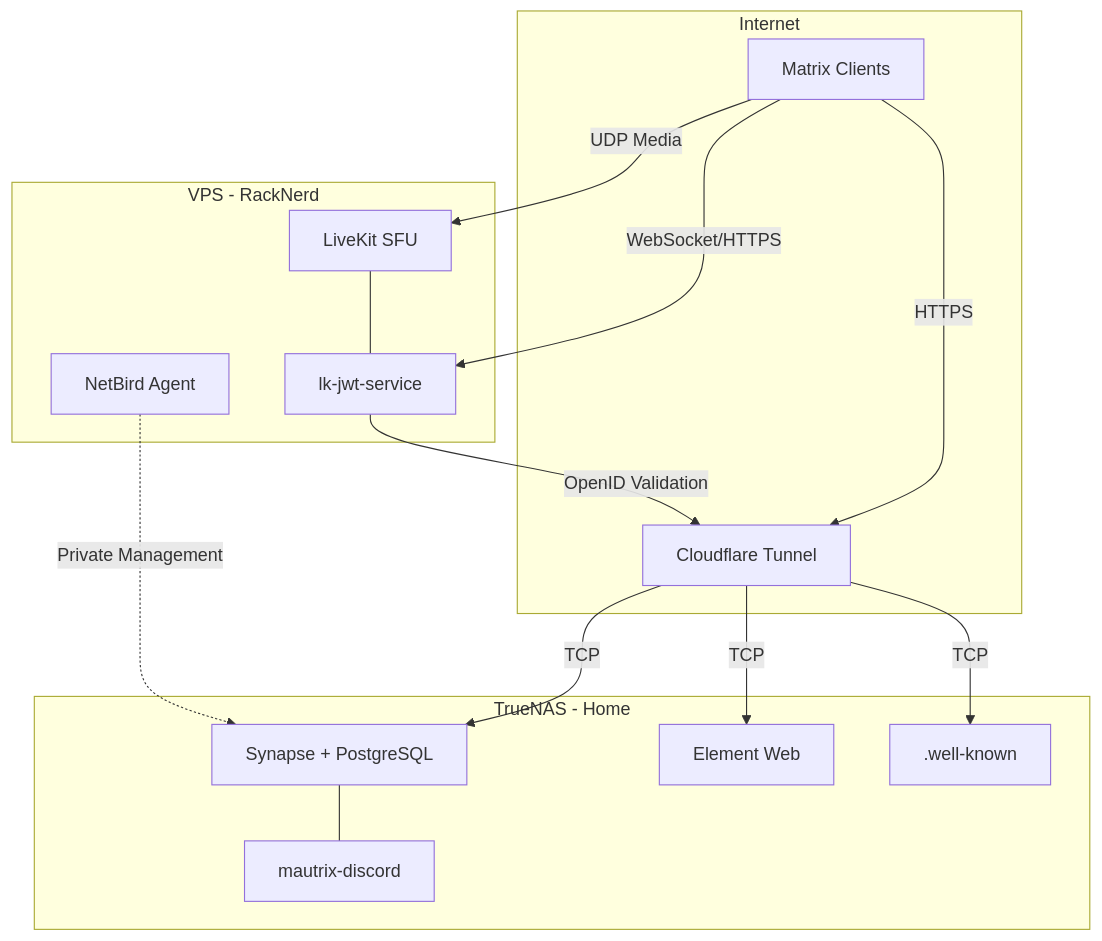
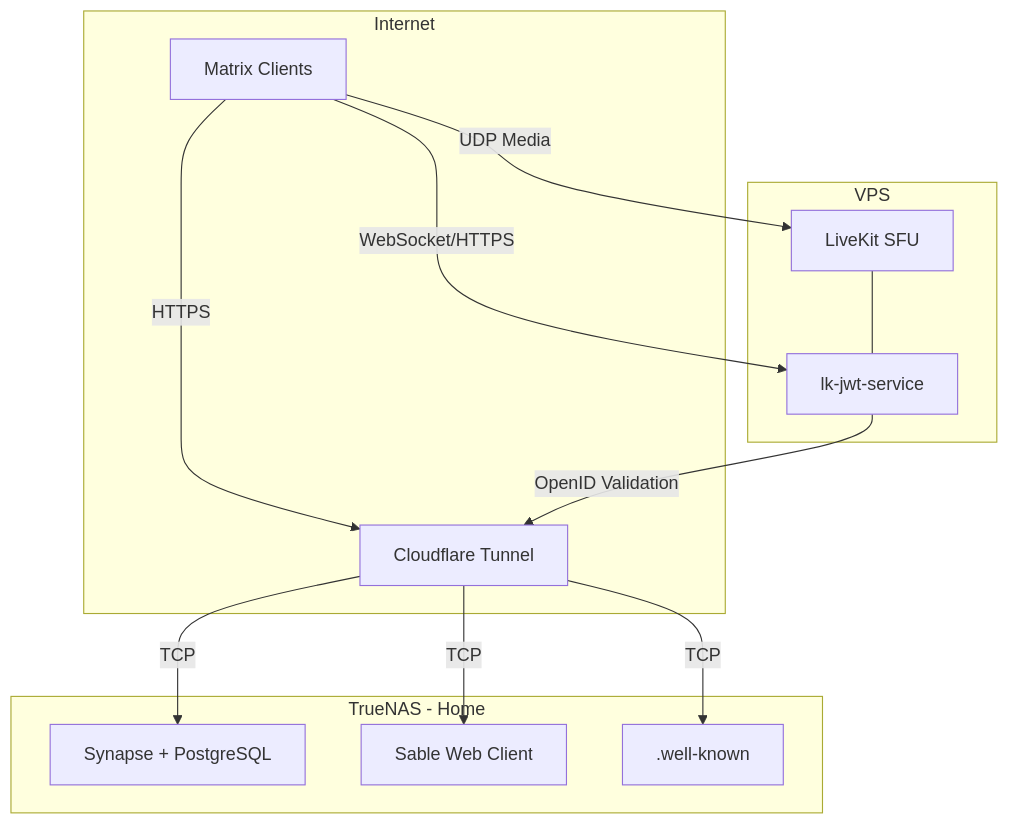
Before and after one commit to serversathome/wiki: the diagram in matrix.md, drawn with Mermaid. The commit also changed other lines of this file, not shown here.

````diff
--- a/matrix.md
+++ b/matrix.md
@@ -19,28 +17,24 @@
 ```mermaid
 graph TB
     subgraph Internet
         CF[Cloudflare Tunnel]
         Client[Matrix Clients]
     end
     subgraph TrueNAS - Home
         Synapse[Synapse + PostgreSQL]
-        Bridge[mautrix-discord]
-        Element[Element Web]
+        Sable[Sable Web Client]
         WK[.well-known]
     end
-    subgraph VPS - RackNerd
+    subgraph VPS
         LK[LiveKit SFU]
         JWT[lk-jwt-service]
-        NB2[NetBird Agent]
     end
     Client -->|HTTPS| CF
     CF -->|TCP| Synapse
-    CF -->|TCP| Element
+    CF -->|TCP| Sable
     CF -->|TCP| WK
-    Synapse --- Bridge
     Client -->|WebSocket/HTTPS| JWT
     Client -->|UDP Media| LK
     JWT -->|OpenID Validation| CF
     LK --- JWT
-    NB2 -.->|Private Management| Synapse
 ```
````
